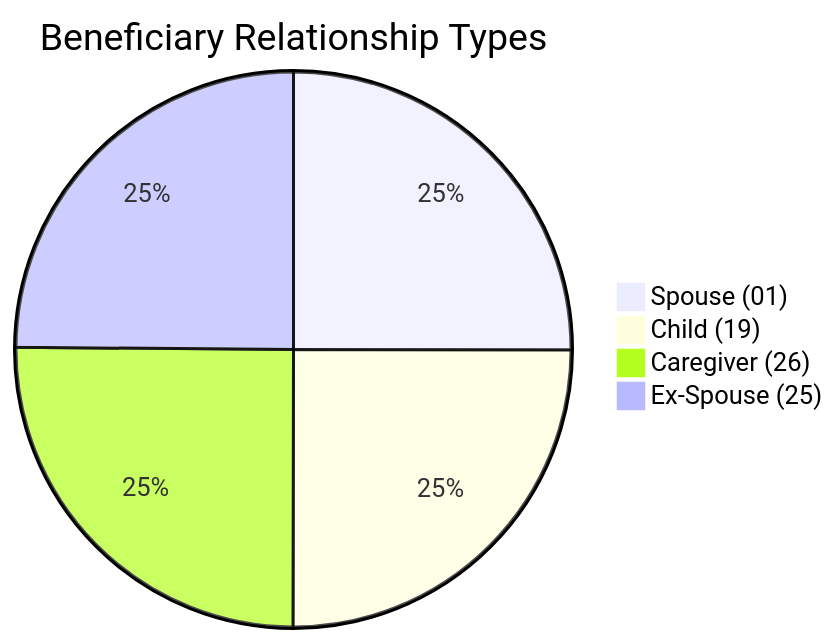
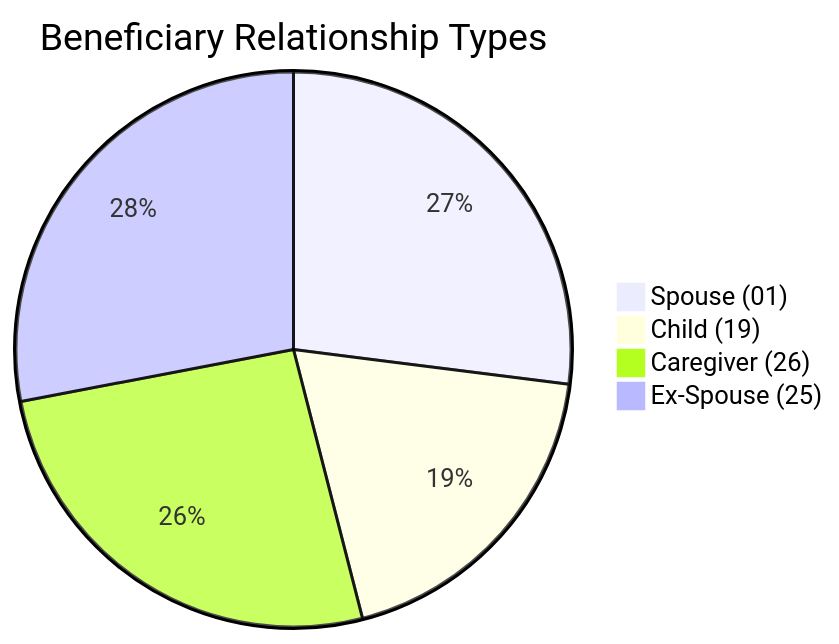
Before and after one commit to dhagan-va/intern-2025: the eighth of 10 diagrams in test-tools/DataGen/src/Statistics_Visualizer.md, drawn with Mermaid. The commit also changed other lines of this file and 6 other files, not shown here.

````diff
--- a/test-tools/DataGen/src/Statistics_Visualizer.md
+++ b/test-tools/DataGen/src/Statistics_Visualizer.md
@@ -86,7 +86,7 @@
 ```mermaid
 pie title Beneficiary Relationship Types
-    "Spouse (01)" : 25029
-    "Child (19)" : 24999
-    "Caregiver (26)" : 25098
-    "Ex-Spouse (25)" : 24874
+    "Spouse (01)" : 27
+    "Child (19)" : 19
+    "Caregiver (26)" : 26
+    "Ex-Spouse (25)" : 28
 ```
````
